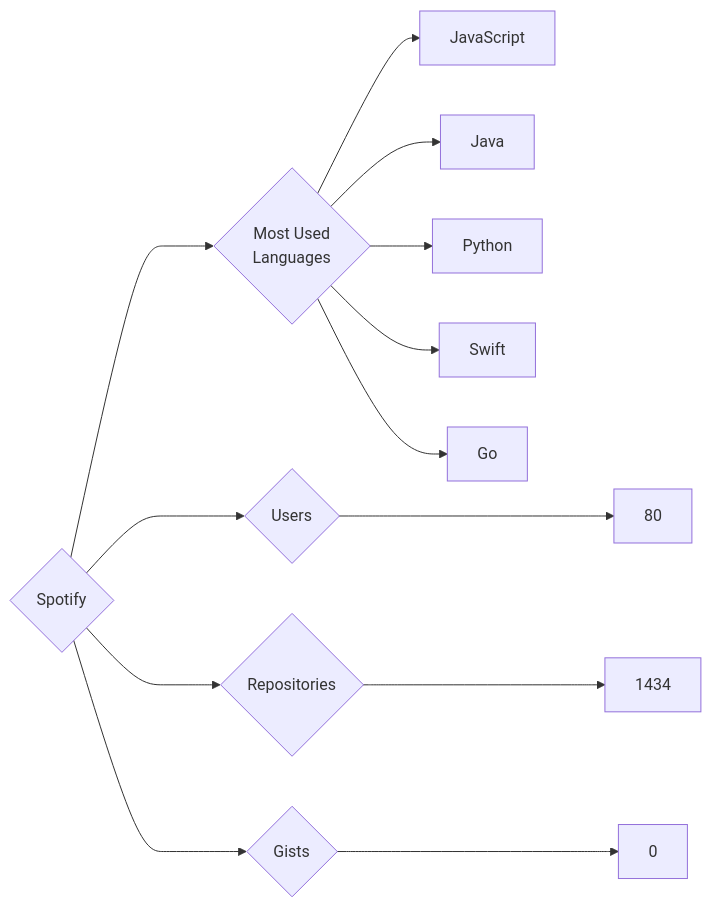
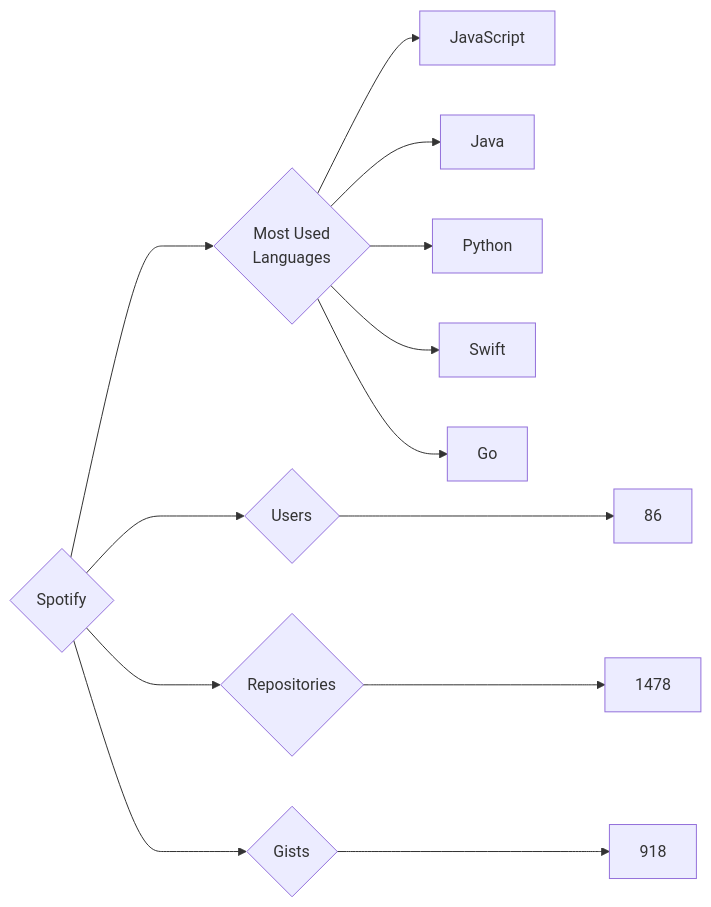
The diagram in targets/Spotify/README.md (trickest/insiders), drawn with Mermaid before and after one commit. The commit also changed 997 other files, not shown here.

````diff
--- a/targets/Spotify/README.md
+++ b/targets/Spotify/README.md
@@ -3,13 +3,13 @@
 ```mermaid
 graph LR
 COMPANY_NAME{Spotify}
-COMPANY_NAME ---> U{Users} ---> UN[80]
-COMPANY_NAME ---> R{Repositories} ---> RN[1434]
-COMPANY_NAME ---> G{Gists} ---> GN[0]
+COMPANY_NAME ---> U{Users} ---> UN[86]
+COMPANY_NAME ---> R{Repositories} ---> RN[1478]
+COMPANY_NAME ---> G{Gists} ---> GN[918]
 COMPANY_NAME ---> ML{Most Used<br>Languages}
-ML --> JavaScript
-ML --> Java
-ML --> Python
-ML --> Swift
-ML --> Go
+ML --> JavaScript[JavaScript]
+ML --> Java[Java]
+ML --> Python[Python]
+ML --> Swift[Swift]
+ML --> Go[Go]
 ```
````
